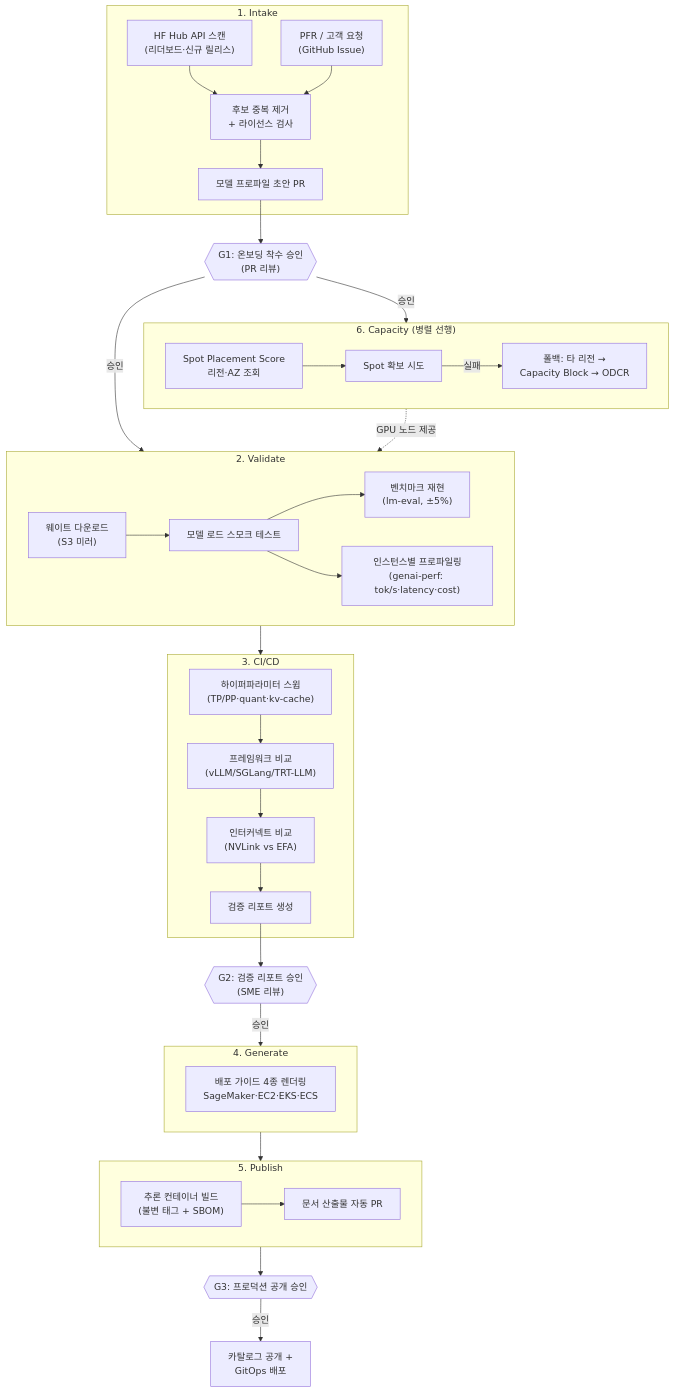
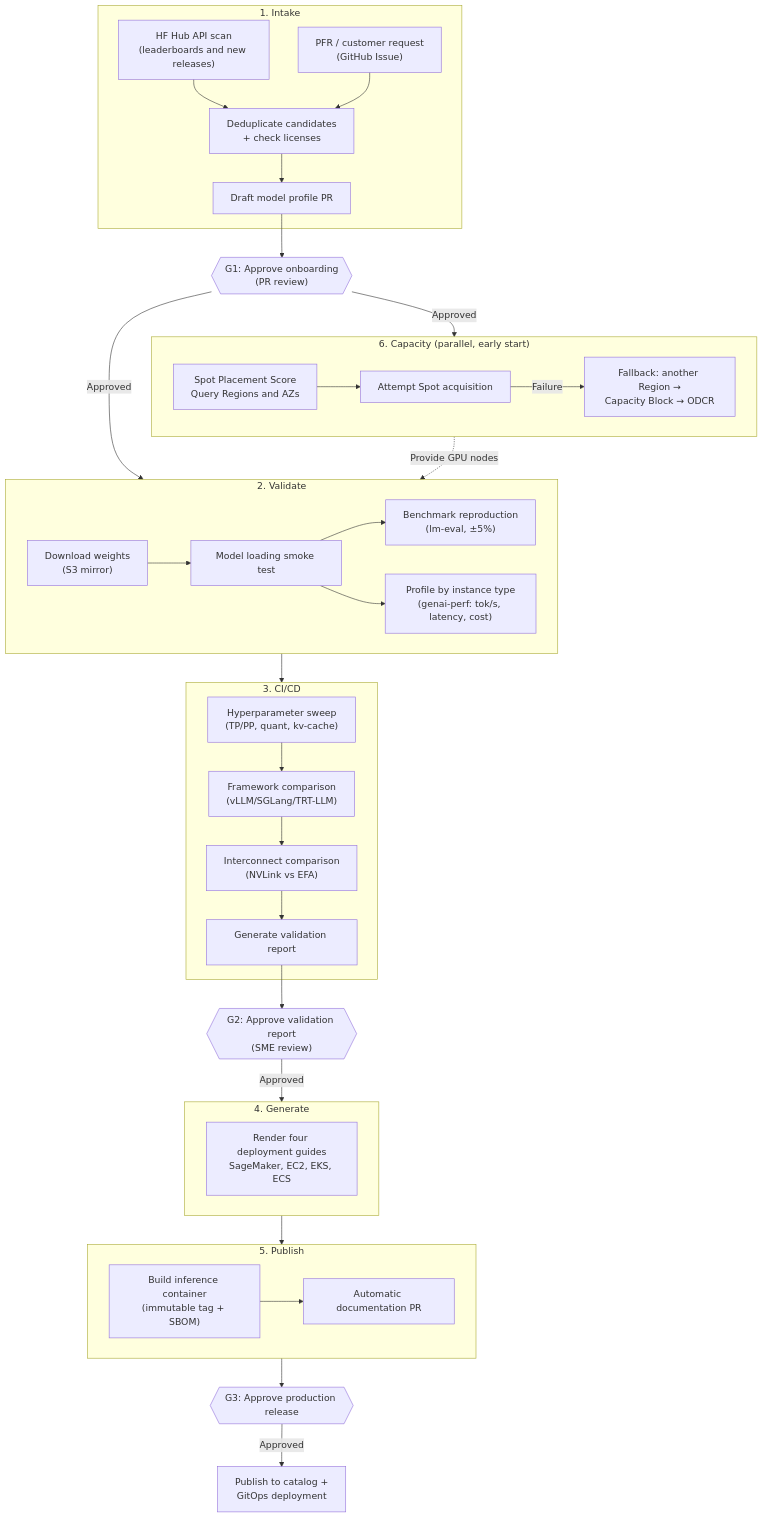
The first of 2 diagrams in docs/agentic-ai-platform/reference-architecture/model-lifecycle/open-weight-model-pipeline.md (devfloor9/engineering-playbook), drawn with Mermaid before and after one commit. The commit also changed other lines of this file and 954 other files, not shown here.

````diff
--- a/docs/agentic-ai-platform/reference-architecture/model-lifecycle/open-weight-model-pipeline.md
+++ b/docs/agentic-ai-platform/reference-architecture/model-lifecycle/open-weight-model-pipeline.md
@@ -65,37 +65,37 @@
 ```mermaid
 flowchart TD
     subgraph intake["1. Intake"]
-        hf["HF Hub API 스캔<br/>(리더보드·신규 릴리스)"] --> dedup["후보 중복 제거<br/>+ 라이선스 검사"]
-        pfr["PFR / 고객 요청<br/>(GitHub Issue)"] --> dedup
-        dedup --> profile["모델 프로파일 초안 PR"]
+        hf["HF Hub API scan<br/>(leaderboards and new releases)"] --> dedup["Deduplicate candidates<br/>+ check licenses"]
+        pfr["PFR / customer request<br/>(GitHub Issue)"] --> dedup
+        dedup --> profile["Draft model profile PR"]
     end
-    profile --> g1{{"G1: 온보딩 착수 승인<br/>(PR 리뷰)"}}
-    g1 -->|승인| cap & val
-    subgraph cap["6. Capacity (병렬 선행)"]
-        sps["Spot Placement Score<br/>리전·AZ 조회"] --> alloc["Spot 확보 시도"]
-        alloc -->|실패| fallback["폴백: 타 리전 →<br/>Capacity Block → ODCR"]
+    profile --> g1{{"G1: Approve onboarding<br/>(PR review)"}}
+    g1 -->|Approved| cap & val
+    subgraph cap["6. Capacity (parallel, early start)"]
+        sps["Spot Placement Score<br/>Query Regions and AZs"] --> alloc["Attempt Spot acquisition"]
+        alloc -->|Failure| fallback["Fallback: another Region →<br/>Capacity Block → ODCR"]
     end
     subgraph val["2. Validate"]
-        dl["웨이트 다운로드<br/>(S3 미러)"] --> load["모델 로드 스모크 테스트"]
-        load --> bench["벤치마크 재현<br/>(lm-eval, ±5%)"]
-        load --> perf["인스턴스별 프로파일링<br/>(genai-perf: tok/s·latency·cost)"]
+        dl["Download weights<br/>(S3 mirror)"] --> load["Model loading smoke test"]
+        load --> bench["Benchmark reproduction<br/>(lm-eval, ±5%)"]
+        load --> perf["Profile by instance type<br/>(genai-perf: tok/s, latency, cost)"]
     end
-    cap -.->|GPU 노드 제공| val
+    cap -.->|Provide GPU nodes| val
     val --> cicd
     subgraph cicd["3. CI/CD"]
-        sweep["하이퍼파라미터 스윕<br/>(TP/PP·quant·kv-cache)"] --> compare["프레임워크 비교<br/>(vLLM/SGLang/TRT-LLM)"]
-        compare --> interconnect["인터커넥트 비교<br/>(NVLink vs EFA)"]
-        interconnect --> report["검증 리포트 생성"]
+        sweep["Hyperparameter sweep<br/>(TP/PP, quant, kv-cache)"] --> compare["Framework comparison<br/>(vLLM/SGLang/TRT-LLM)"]
+        compare --> interconnect["Interconnect comparison<br/>(NVLink vs EFA)"]
+        interconnect --> report["Generate validation report"]
     end
-    report --> g2{{"G2: 검증 리포트 승인<br/>(SME 리뷰)"}}
-    g2 -->|승인| gen
+    report --> g2{{"G2: Approve validation report<br/>(SME review)"}}
+    g2 -->|Approved| gen
     subgraph gen["4. Generate"]
-        guides["배포 가이드 4종 렌더링<br/>SageMaker·EC2·EKS·ECS"]
+        guides["Render four deployment guides<br/>SageMaker, EC2, EKS, ECS"]
     end
     gen --> pub
     subgraph pub["5. Publish"]
-        img["추론 컨테이너 빌드<br/>(불변 태그 + SBOM)"] --> docs["문서 산출물 자동 PR"]
+        img["Build inference container<br/>(immutable tag + SBOM)"] --> docs["Automatic documentation PR"]
     end
-    pub --> g3{{"G3: 프로덕션 공개 승인"}}
-    g3 -->|승인| prod["카탈로그 공개 +<br/>GitOps 배포"]
+    pub --> g3{{"G3: Approve production release"}}
+    g3 -->|Approved| prod["Publish to catalog +<br/>GitOps deployment"]
 ```
````
